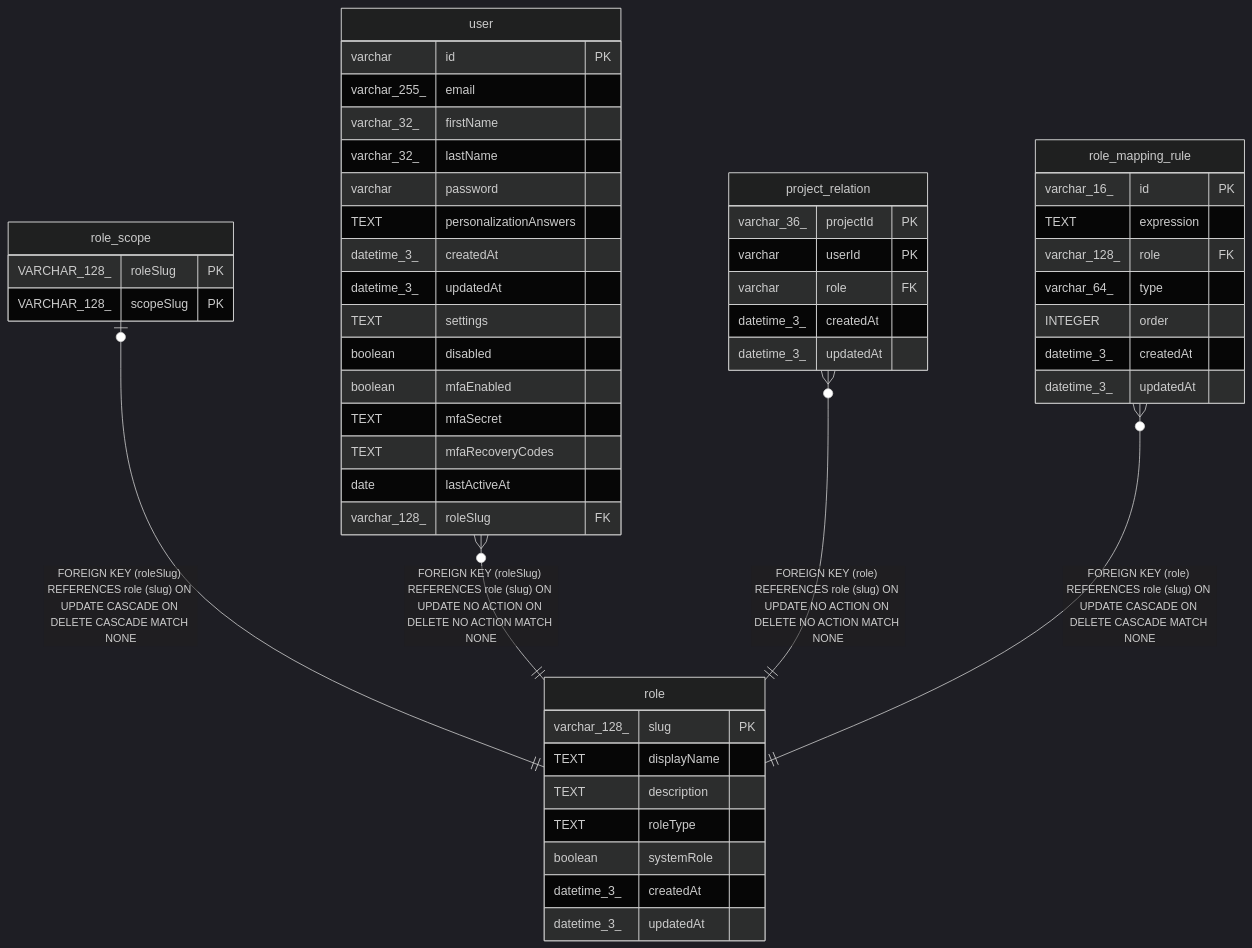
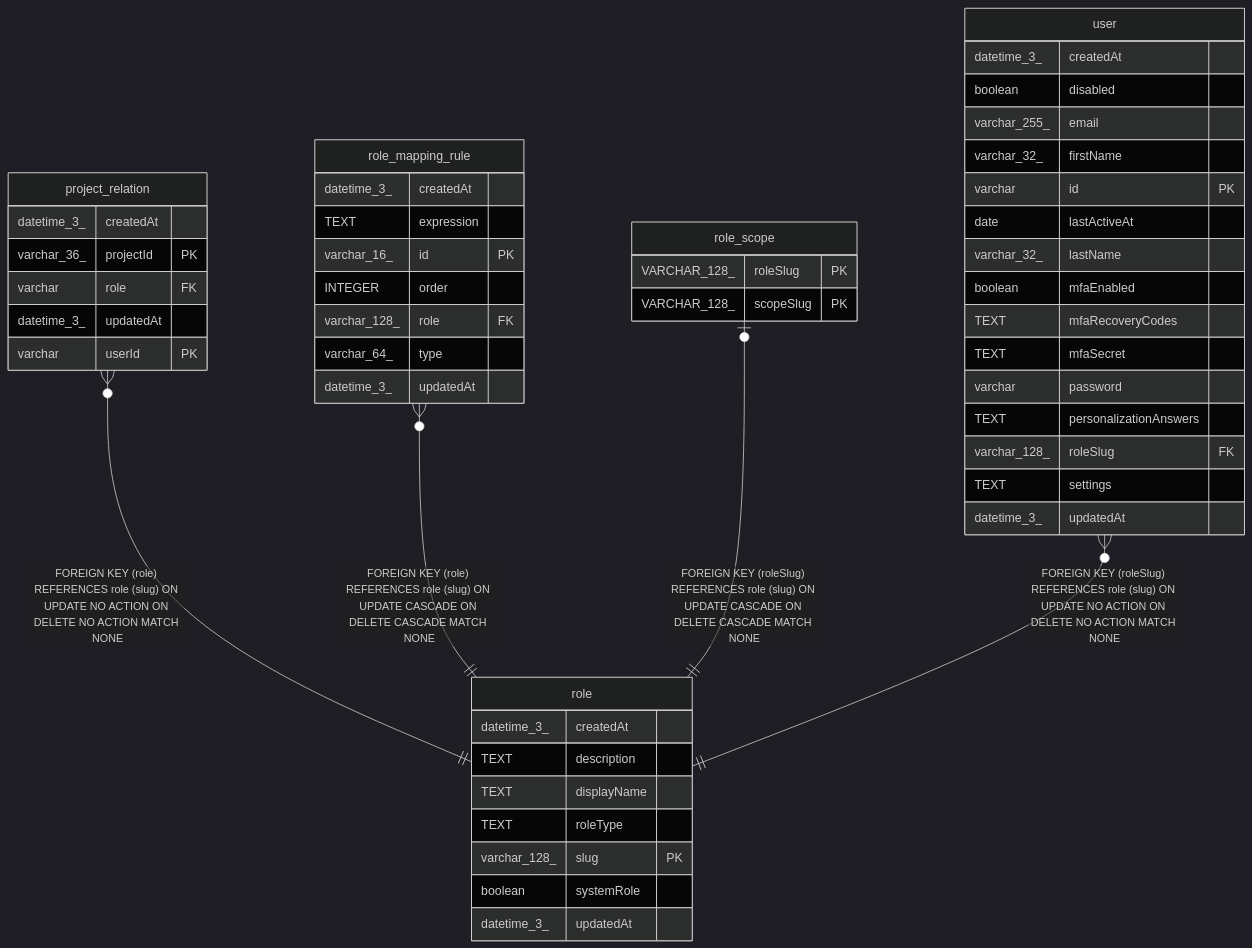
Before and after one commit to mayankjain1815-commits/n8n: the diagram in docs/generated/sqlite-schema/role.md, drawn with Mermaid (dark theme). The commit also changed other lines of this file and 221 other files, not shown here.

Commit message:
chore(core): Make DB schema docs generation deterministic (#32373)

````diff
--- a/docs/generated/sqlite-schema/role.md
+++ b/docs/generated/sqlite-schema/role.md
@@ -42,55 +42,55 @@
 ```mermaid
 erDiagram
 
+"project_relation" }o--|| "role" : "FOREIGN KEY (role) REFERENCES role (slug) ON UPDATE NO ACTION ON DELETE NO ACTION MATCH NONE"
+"role_mapping_rule" }o--|| "role" : "FOREIGN KEY (role) REFERENCES role (slug) ON UPDATE CASCADE ON DELETE CASCADE MATCH NONE"
 "role_scope" |o--|| "role" : "FOREIGN KEY (roleSlug) REFERENCES role (slug) ON UPDATE CASCADE ON DELETE CASCADE MATCH NONE"
 "user" }o--|| "role" : "FOREIGN KEY (roleSlug) REFERENCES role (slug) ON UPDATE NO ACTION ON DELETE NO ACTION MATCH NONE"
-"project_relation" }o--|| "role" : "FOREIGN KEY (role) REFERENCES role (slug) ON UPDATE NO ACTION ON DELETE NO ACTION MATCH NONE"
-"role_mapping_rule" }o--|| "role" : "FOREIGN KEY (role) REFERENCES role (slug) ON UPDATE CASCADE ON DELETE CASCADE MATCH NONE"
 
 "role" {
+  datetime_3_ createdAt
+  TEXT description
+  TEXT displayName
+  TEXT roleType
   varchar_128_ slug PK
-  TEXT displayName
-  TEXT description
-  TEXT roleType
   boolean systemRole
+  datetime_3_ updatedAt
+}
+"project_relation" {
   datetime_3_ createdAt
+  varchar_36_ projectId PK
+  varchar role FK
+  datetime_3_ updatedAt
+  varchar userId PK
+}
+"role_mapping_rule" {
+  datetime_3_ createdAt
+  TEXT expression
+  varchar_16_ id PK
+  INTEGER order
+  varchar_128_ role FK
+  varchar_64_ type
   datetime_3_ updatedAt
 }
 "role_scope" {
   VARCHAR_128_ roleSlug PK
   VARCHAR_128_ scopeSlug PK
 }
 "user" {
-  varchar id PK
+  datetime_3_ createdAt
+  boolean disabled
   varchar_255_ email
   varchar_32_ firstName
+  varchar id PK
+  date lastActiveAt
   varchar_32_ lastName
+  boolean mfaEnabled
+  TEXT mfaRecoveryCodes
+  TEXT mfaSecret
   varchar password
   TEXT personalizationAnswers
-  datetime_3_ createdAt
-  datetime_3_ updatedAt
+  varchar_128_ roleSlug FK
   TEXT settings
-  boolean disabled
-  boolean mfaEnabled
-  TEXT mfaSecret
-  TEXT mfaRecoveryCodes
-  date lastActiveAt
-  varchar_128_ roleSlug FK
-}
-"project_relation" {
-  varchar_36_ projectId PK
-  varchar userId PK
-  varchar role FK
-  datetime_3_ createdAt
-  datetime_3_ updatedAt
-}
-"role_mapping_rule" {
-  varchar_16_ id PK
-  TEXT expression
-  varchar_128_ role FK
-  varchar_64_ type
-  INTEGER order
-  datetime_3_ createdAt
   datetime_3_ updatedAt
 }
 ```
````
